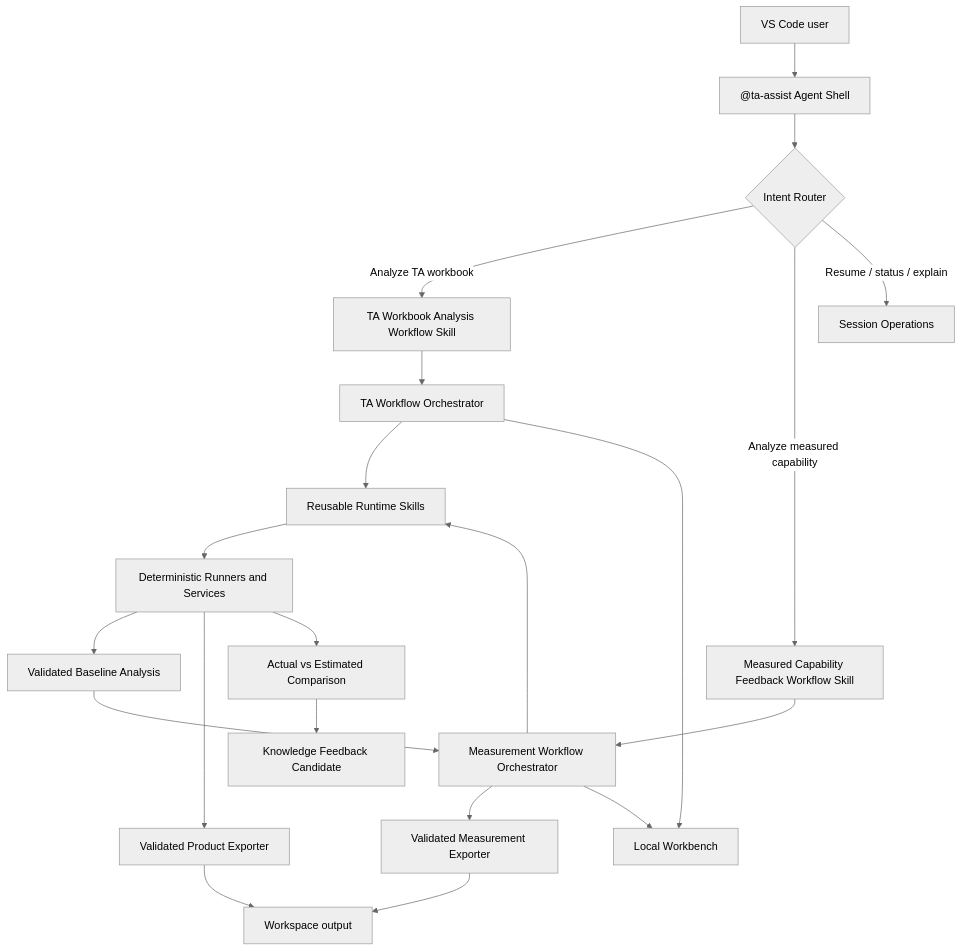
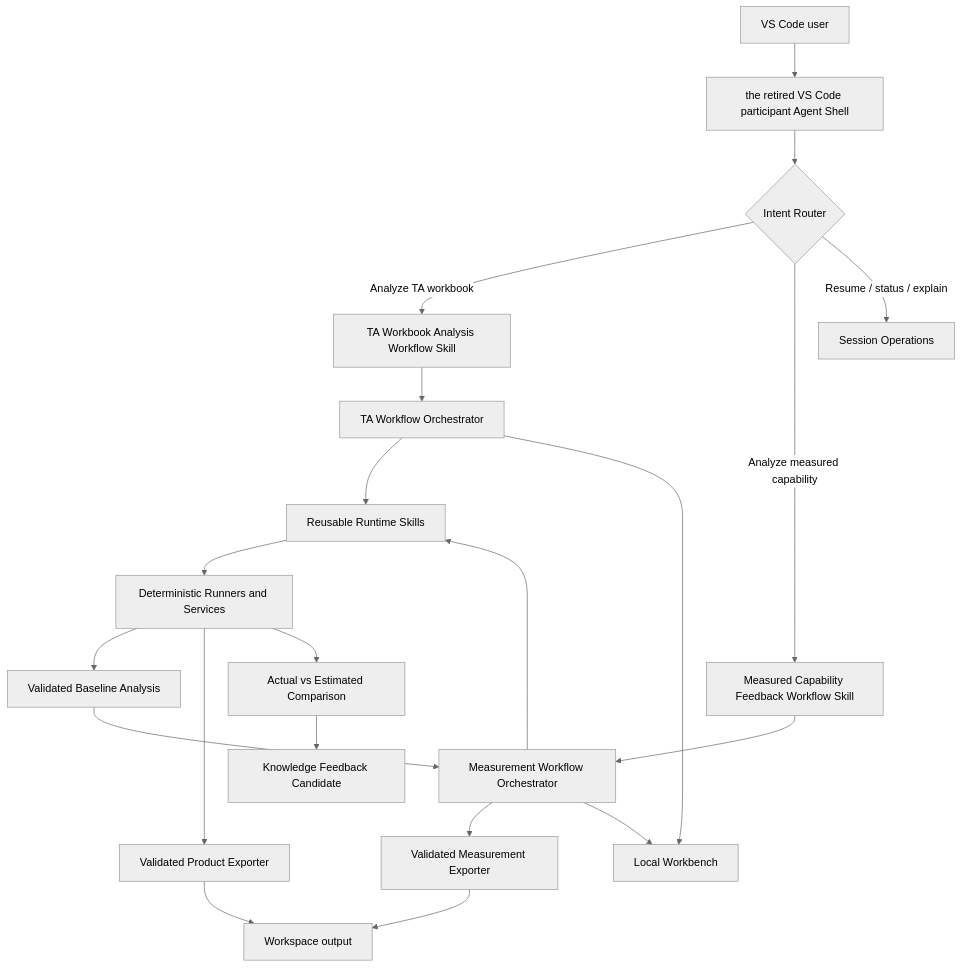
Before and after one commit to MS-AI-in-Product-Making/TA-Assist-Agent: the diagram in docs/superpowers/specs/2026-09-01-ta-assist-beta-agent-architecture-design.md, drawn with Mermaid (neutral theme). The commit also changed other lines of this file and 43 other files, not shown here.

````diff
--- a/docs/superpowers/specs/2026-09-01-ta-assist-beta-agent-architecture-design.md
+++ b/docs/superpowers/specs/2026-09-01-ta-assist-beta-agent-architecture-design.md
@@ -105,23 +105,23 @@
 ```mermaid
 flowchart TB
-    U["VS Code user"] --> A["@ta-assist Agent Shell"]
+    U["VS Code user"] --> A["the retired VS Code participant Agent Shell"]
     A --> I{"Intent Router"}
   I -->|Analyze TA workbook| TA["TA Workbook Analysis Workflow Skill"]
   I -->|Analyze measured capability| MC["Measured Capability Feedback Workflow Skill"]
     I -->|Resume / status / explain| SO["Session Operations"]
   TA --> TW["TA Workflow Orchestrator"]
   MC --> MW["Measurement Workflow Orchestrator"]
   TW --> RS["Reusable Runtime Skills"]
   MW --> RS
   RS --> WR["Deterministic Runners and Services"]
     WR --> B["Validated Baseline Analysis"]
     B --> MW
     WR --> P["Validated Product Exporter"]
   WR --> C["Actual vs Estimated Comparison"]
     C --> K["Knowledge Feedback Candidate"]
     MW --> MP["Validated Measurement Exporter"]
     P --> O["Workspace output"]
     MP --> O
     TW --> UI["Local Workbench"]
     MW --> UI
 ```
````
